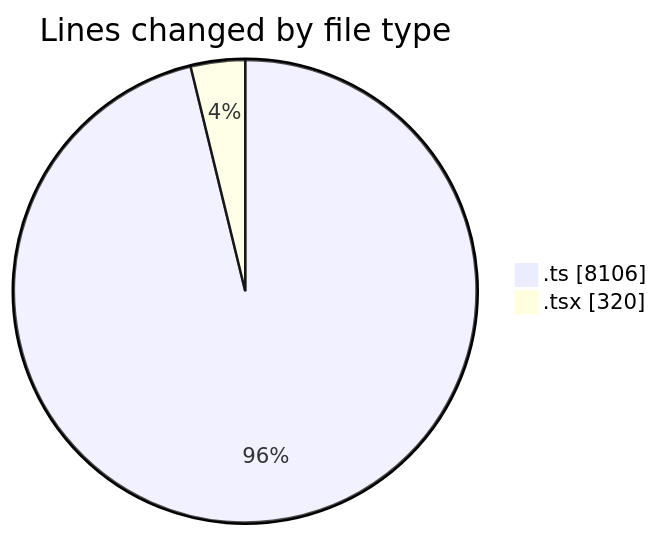
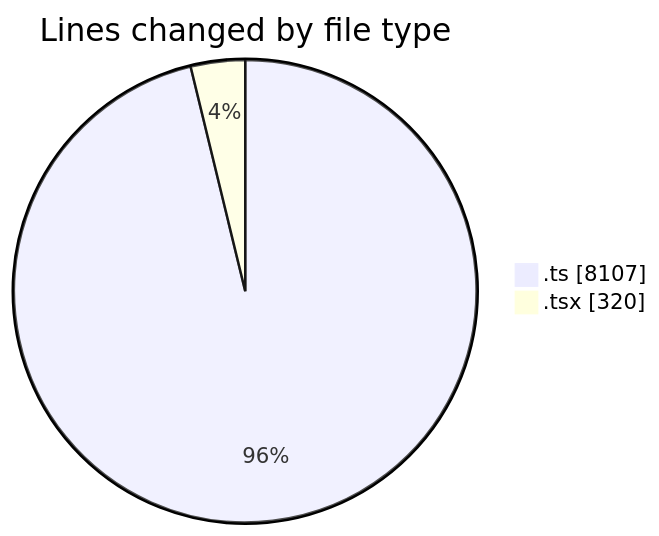
Before and after one commit to momahboobian/code-tracking: the first of 2 diagrams in 2025-08-13/cda/README.md, drawn with Mermaid. The commit also changed other lines of this file and 1 other file, not shown here.

````diff
--- a/2025-08-13/cda/README.md
+++ b/2025-08-13/cda/README.md
@@ -24,6 +24,6 @@
 ```mermaid
 pie showData
 title Lines changed by file type
-".ts" : 8106
+".ts" : 8107
 ".tsx" : 320
 ```
````
